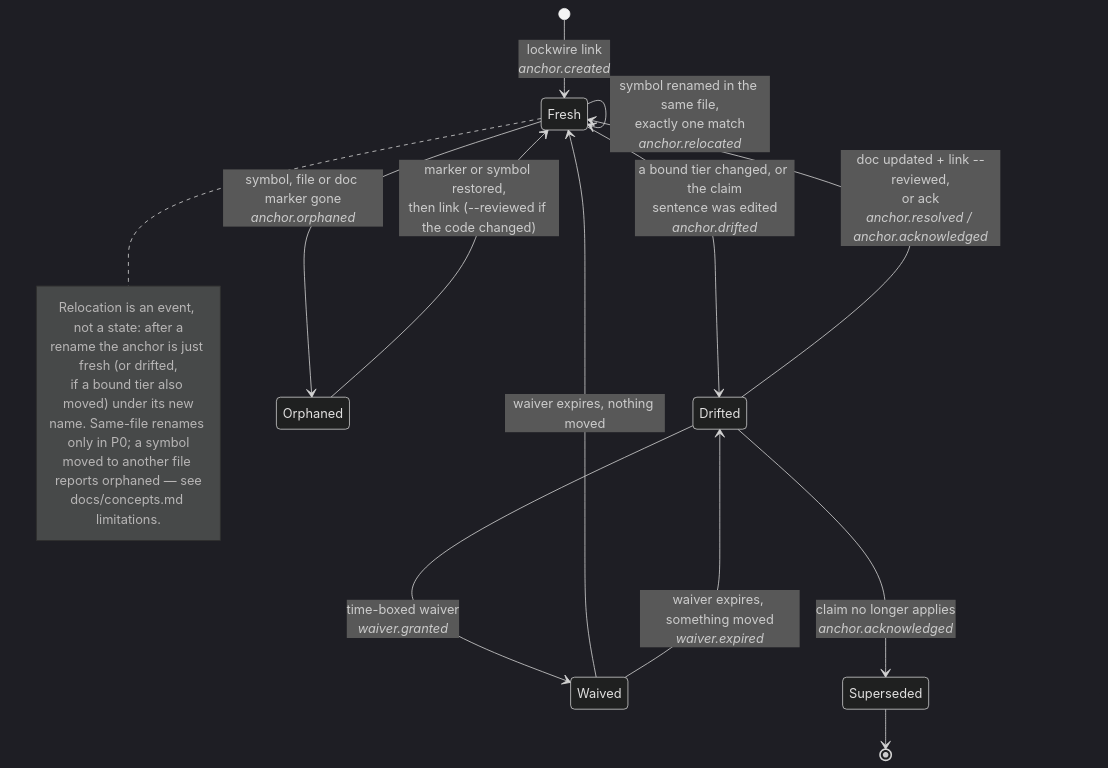
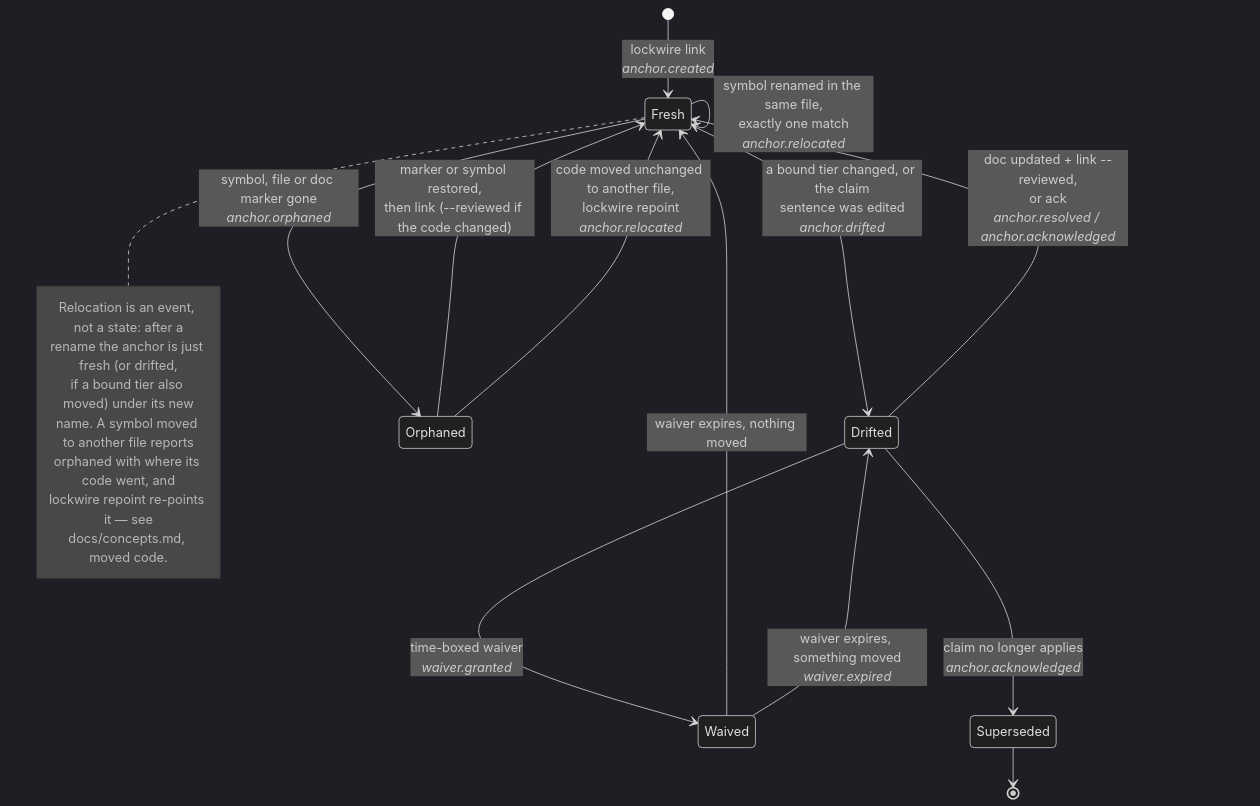
Before and after one commit to Reality-Ventures/lockwire: the third of 4 diagrams in README.md, drawn with Mermaid (dark theme). The commit also changed other lines of this file and 48 other files, not shown here.

Commit message:
Find symbols moved to another file and re-point their claims with lockwire repoint; resolve names through re-exports

````diff
--- a/README.md
+++ b/README.md
@@ -116,28 +116,30 @@
 ```mermaid
 stateDiagram-v2
     [*] --> Fresh: lockwire link<br/><i>anchor.created</i>
 
     Fresh --> Drifted: a bound tier changed, or the claim<br/>sentence was edited<br/><i>anchor.drifted</i>
     Fresh --> Fresh: symbol renamed in the same file,<br/>exactly one match<br/><i>anchor.relocated</i>
     Fresh --> Orphaned: symbol, file or doc marker gone<br/><i>anchor.orphaned</i>
 
     Drifted --> Fresh: doc updated + link --reviewed,<br/>or ack<br/><i>anchor.resolved / anchor.acknowledged</i>
     Drifted --> Waived: time-boxed waiver<br/><i>waiver.granted</i>
     Drifted --> Superseded: claim no longer applies<br/><i>anchor.acknowledged</i>
 
     Waived --> Fresh: waiver expires, nothing moved
     Waived --> Drifted: waiver expires, something moved<br/><i>waiver.expired</i>
 
     Orphaned --> Fresh: marker or symbol restored,<br/>then link (--reviewed if the code changed)
+    Orphaned --> Fresh: code moved unchanged to another file,<br/>lockwire repoint<br/><i>anchor.relocated</i>
 
     Superseded --> [*]
 
     note right of Fresh
         Relocation is an event, not a state: after a
         rename the anchor is just fresh (or drifted,
         if a bound tier also moved) under its new
-        name. Same-file renames only in P0; a symbol
-        moved to another file reports orphaned — see
-        docs/concepts.md limitations.
+        name. A symbol moved to another file reports
+        orphaned with where its code went, and
+        lockwire repoint re-points it — see
+        docs/concepts.md, moved code.
     end note
 ```
````
